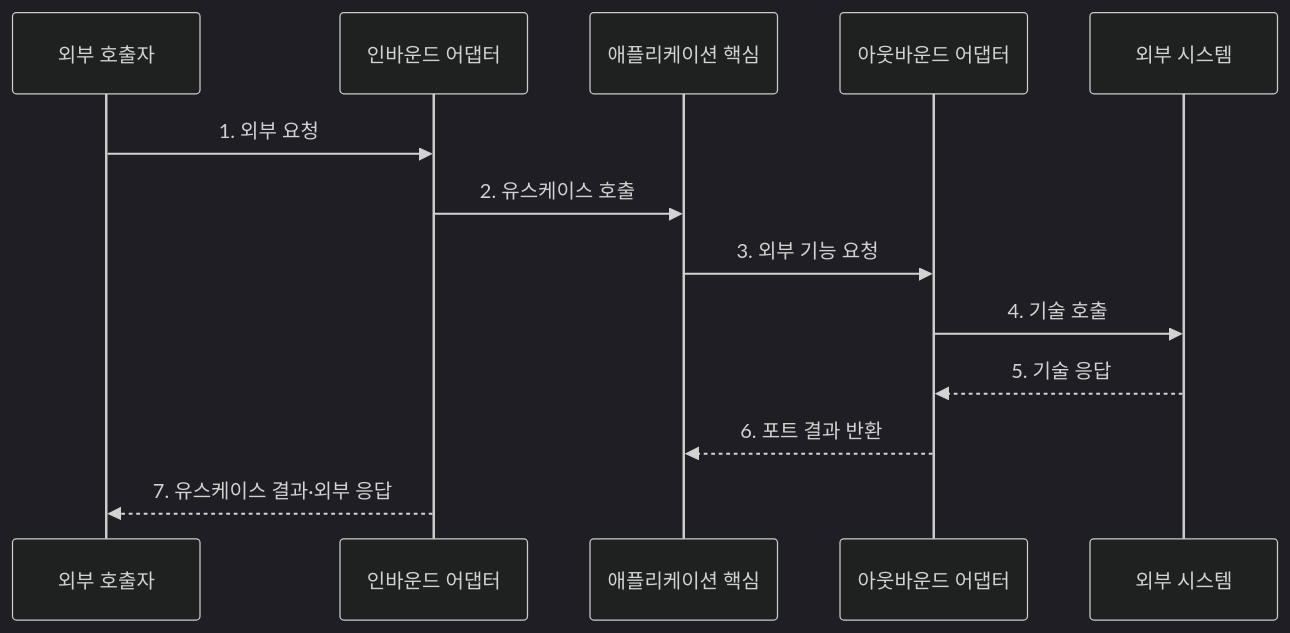
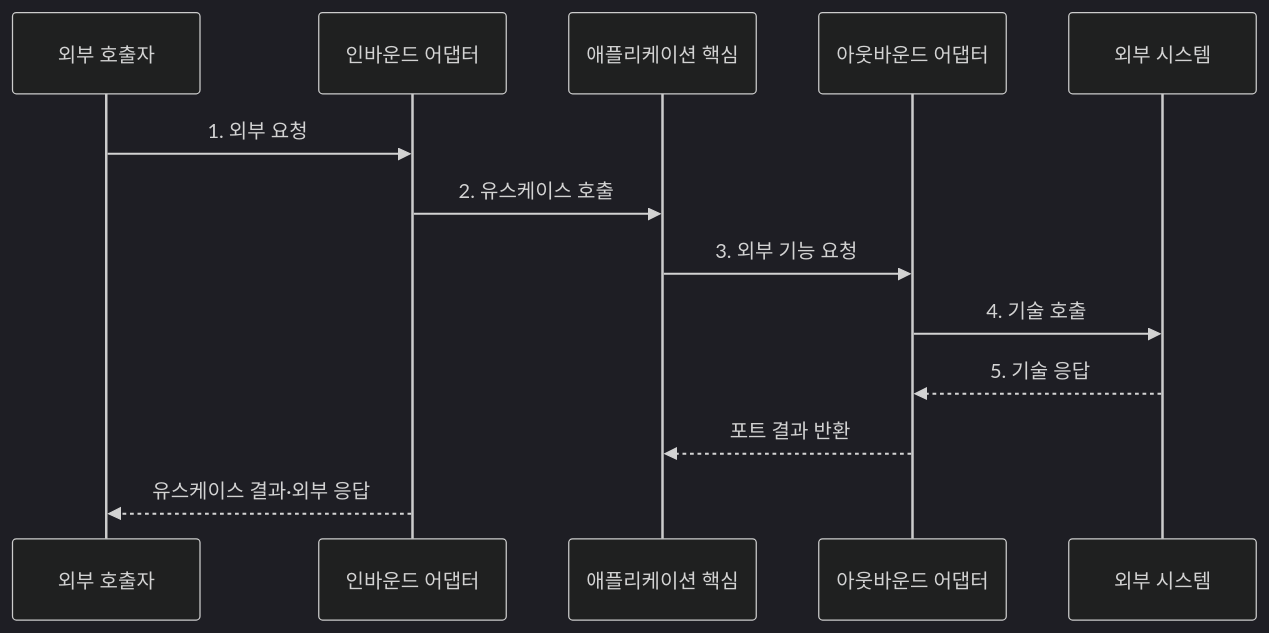
The second of 2 diagrams in src/content/docs/notes/03-software/048_hexagonal_architecture.md (agnusdei1207/knowledge-base), drawn with Mermaid (dark theme) before and after one commit. The commit also changed other lines of this file and 238 other files, not shown here.

````diff
--- a/src/content/docs/notes/03-software/048_hexagonal_architecture.md
+++ b/src/content/docs/notes/03-software/048_hexagonal_architecture.md
@@ -84,15 +86,15 @@
 ```mermaid
 sequenceDiagram
     participant U as 외부 호출자
     participant I as 인바운드 어댑터
     participant C as 애플리케이션 핵심
     participant O as 아웃바운드 어댑터
     participant E as 외부 시스템
     U->>I: 1. 외부 요청
     I->>C: 2. 유스케이스 호출
     C->>O: 3. 외부 기능 요청
     O->>E: 4. 기술 호출
     E-->>O: 5. 기술 응답
-    O-->>C: 6. 포트 결과 반환
-    I-->>U: 7. 유스케이스 결과·외부 응답
+    O-->>C: 포트 결과 반환
+    I-->>U: 유스케이스 결과·외부 응답
 ```
````
